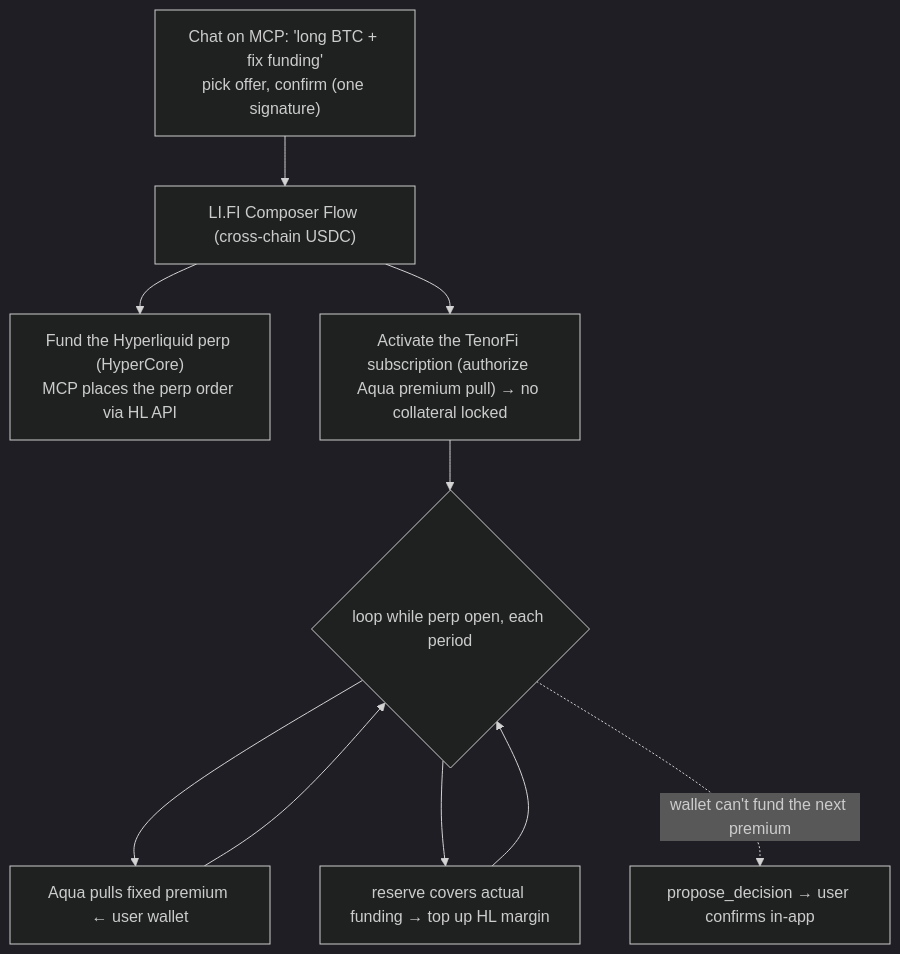
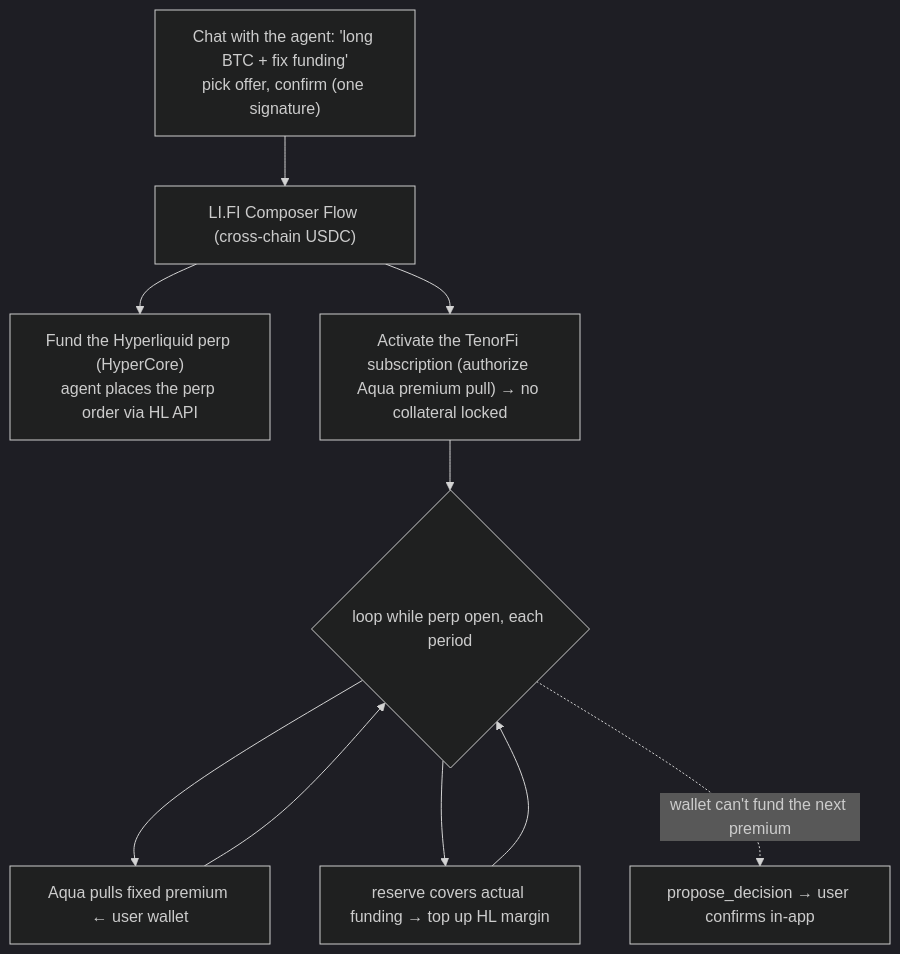
One commit to 0xYudhishthra/TenorFi changed the second of 2 diagrams in docs/design-doc.md. Above: the diagram before and after it, drawn with Mermaid (dark theme). The commit also changed other lines of this file and 7 other files, not shown here.

````diff
--- a/docs/design-doc.md
+++ b/docs/design-doc.md
@@ -165,12 +163,12 @@
 ```mermaid
 flowchart TB
-    CHAT["Chat on MCP: 'long BTC + fix funding'<br/>pick offer, confirm (one signature)"] --> FLOW["LI.FI Composer Flow (cross-chain USDC)"]
-    FLOW --> DEP["Fund the Hyperliquid perp (HyperCore)<br/>MCP places the perp order via HL API"]
+    CHAT["Chat with the agent: 'long BTC + fix funding'<br/>pick offer, confirm (one signature)"] --> FLOW["LI.FI Composer Flow (cross-chain USDC)"]
+    FLOW --> DEP["Fund the Hyperliquid perp (HyperCore)<br/>agent places the perp order via HL API"]
     FLOW --> OPEN["Activate the TenorFi subscription (authorize Aqua premium pull) → no collateral locked"]
     OPEN --> LOOP{"loop while perp open, each period"}
     LOOP --> PULL["Aqua pulls fixed premium ← user wallet"]
     LOOP --> COVER["reserve covers actual funding → top up HL margin"]
     PULL --> LOOP
     COVER --> LOOP
     LOOP -.->|"wallet can't fund the next premium"| BRINK["propose_decision → user confirms in-app"]
 ```
````
